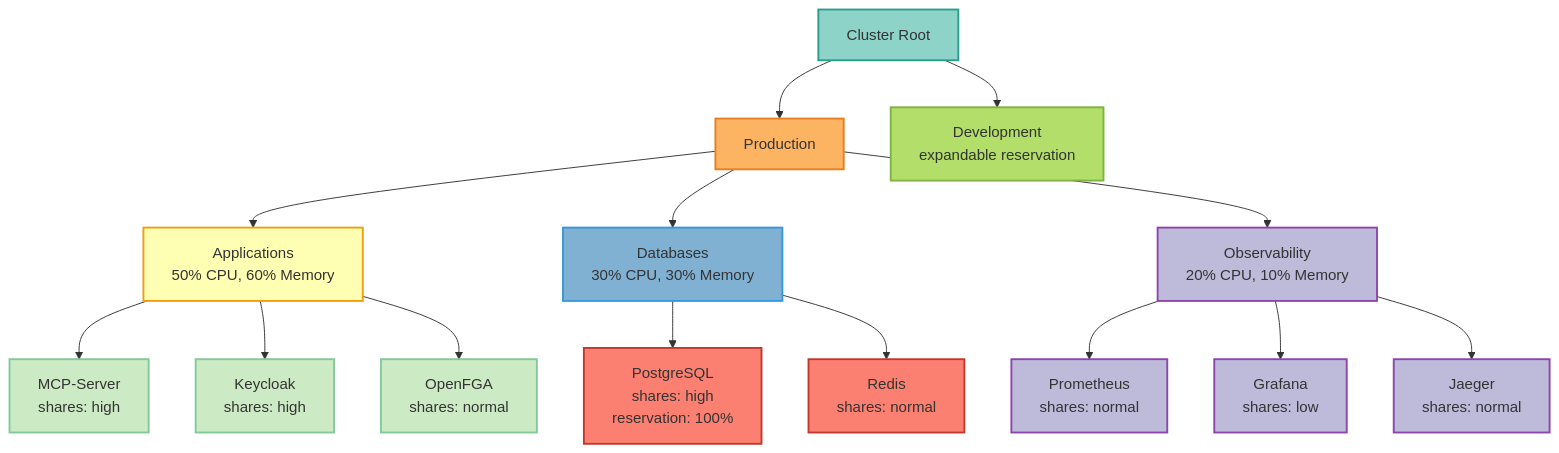
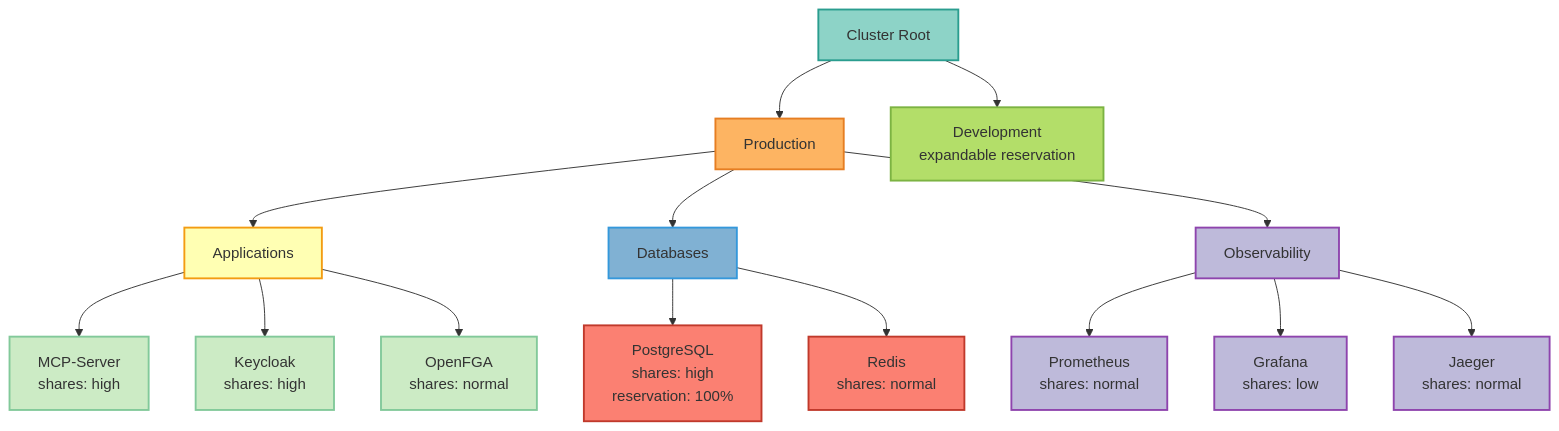
The diagram in docs/deployment/vmware-resource-estimation.mdx (vishnu2kmohan/mcp-server-langgraph), drawn with Mermaid before and after one commit. The commit also changed other lines of this file and 93 other files, not shown here.

First line of the commit message:
docs: fix MDX syntax errors, broken links, and Mermaid diagram issues

````diff
--- a/docs/deployment/vmware-resource-estimation.mdx
+++ b/docs/deployment/vmware-resource-estimation.mdx
@@ -433,39 +433,39 @@
 ```mermaid
 flowchart TD
     Root[Cluster Root] --> Prod[Production]
     Root --> Dev[Development<br/>expandable reservation]
 
-    Prod --> Apps[Applications<br/>50% CPU, 60% Memory]
-    Prod --> DB[Databases<br/>30% CPU, 30% Memory]
-    Prod --> Obs[Observability<br/>20% CPU, 10% Memory]
+    Prod --> Apps[Applications<br/&gt;50% CPU, 60% Memory]
+    Prod --> DB[Databases<br/&gt;30% CPU, 30% Memory]
+    Prod --> Obs[Observability<br/&gt;20% CPU, 10% Memory]
 
     Apps --> MCP[MCP-Server<br/>shares: high]
     Apps --> KC[Keycloak<br/>shares: high]
     Apps --> OFG[OpenFGA<br/>shares: normal]
 
     DB --> PG[PostgreSQL<br/>shares: high<br/>reservation: 100%]
     DB --> Redis[Redis<br/>shares: normal]
 
     Obs --> Prom[Prometheus<br/>shares: normal]
     Obs --> Graf[Grafana<br/>shares: low]
     Obs --> Jaeg[Jaeger<br/>shares: normal]
 
     classDef rootStyle fill:#8dd3c7,stroke:#2a9d8f,stroke-width:2px,color:#333
     classDef prodStyle fill:#fdb462,stroke:#e67e22,stroke-width:2px,color:#333
     classDef devStyle fill:#b3de69,stroke:#7cb342,stroke-width:2px,color:#333
     classDef appPoolStyle fill:#ffffb3,stroke:#f39c12,stroke-width:2px,color:#333
     classDef dbPoolStyle fill:#80b1d3,stroke:#3498db,stroke-width:2px,color:#333
     classDef obsPoolStyle fill:#bebada,stroke:#8e44ad,stroke-width:2px,color:#333
     classDef appStyle fill:#ccebc5,stroke:#82c99a,stroke-width:2px,color:#333
     classDef dataStyle fill:#fb8072,stroke:#c0392b,stroke-width:2px,color:#333
 
     class Root rootStyle
     class Prod prodStyle
     class Dev devStyle
     class Apps appPoolStyle
     class DB dbPoolStyle
     class Obs obsPoolStyle
     class MCP,KC,OFG appStyle
     class PG,Redis dataStyle
     class Prom,Graf,Jaeg obsPoolStyle
 ```
````
